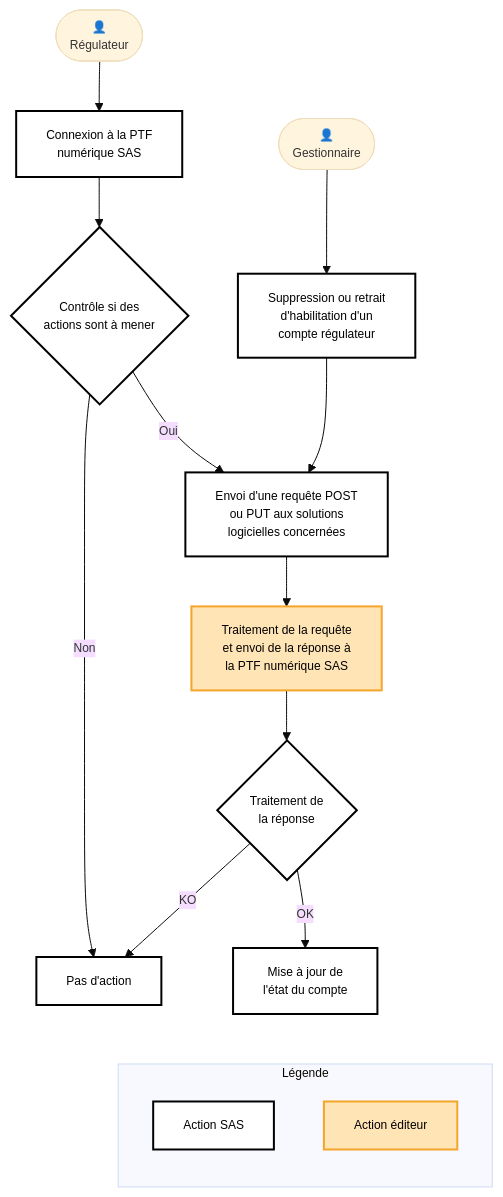
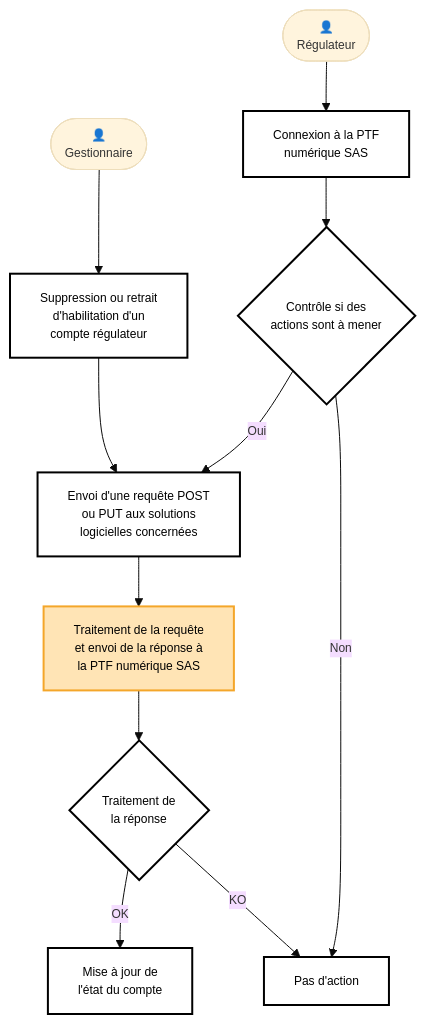
One commit to ansforge/IG-fhir-service-acces-aux-soins changed the diagram in input/pagecontent/specifications_fonctionnelles.md. Above: the diagram before and after it, drawn with Mermaid.

```diff
--- a/input/pagecontent/specifications_fonctionnelles.md
+++ b/input/pagecontent/specifications_fonctionnelles.md
@@ -158,68 +158,60 @@
 <div class="mermaid">
 
 %%{init: {
   "theme": "base",
   "themeVariables": {
     "fontFamily": "verdana",
     "fontSize": "12px"
   },
   "flowchart": {
     "useMaxWidth": false
   }
 }}%%
 
 flowchart TB
  
 GEST([👤<br/>Gestionnaire])
 REG([👤<br/>Régulateur])
  
 SUP["Suppression ou retrait<br/>d'habilitation d'un<br/>compte régulateur"]
  
 CON["Connexion à la PTF<br/>numérique SAS"]
  
 CTRL{"Contrôle si des<br/>actions sont à mener"}
  
 REQ["Envoi d'une requête POST<br/>ou PUT aux solutions<br/>logicielles concernées"]
  
 TRAIT["Traitement de la requête<br/>et envoi de la réponse à<br/>la PTF numérique SAS"]
  
 REP{"Traitement de<br/>la réponse"}
  
 RIEN["Pas d'action"]
  
 MAJ["Mise à jour de<br/>l'état du compte"]
 GEST --> SUP
 REG --> CON
  
 CON --> CTRL
  
 CTRL -->|Oui| REQ
 CTRL -->|Non| RIEN
  
 SUP --> REQ
  
 REQ --> TRAIT
  
 TRAIT --> REP
  
 REP -->|OK| MAJ
 REP -->|KO| RIEN
  
-
-subgraph LEG["Légende"]
-    direction TB
-    L1["Action SAS"]
-    L2["Action éditeur"]
-end
- 
-MAJ ~~~ L1
  
 %% Styles
 classDef sas fill:#ffffff,stroke:#000000,stroke-width:2px,color:#000;
 classDef editeur fill:#FFE4B5,stroke:#F4A62A,stroke-width:2px,color:#000;
  
 
 class CON,SUP,REQ,CTRL,REP,RIEN,MAJ,L1 sas;
  
 class TRAIT,L2 editeur;
 </div>
```
